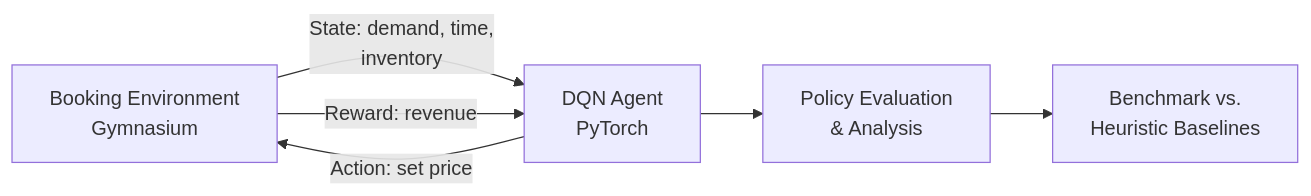
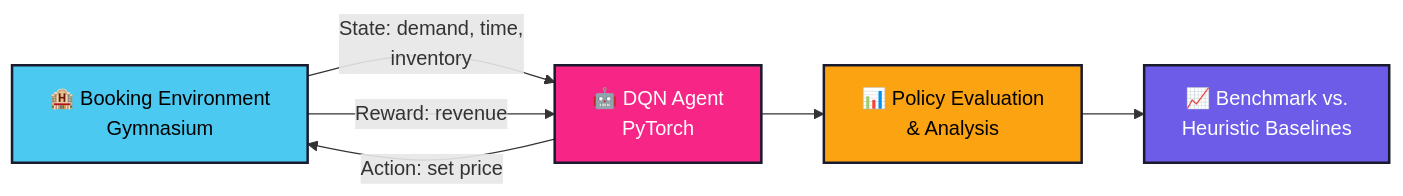
Before and after one commit to tarunsaxena2/Travel-Hospitality-Autonomous-Pricing-Agent-via-Reinforcement-Learning: the diagram in README.md, drawn with Mermaid. The commit also changed other lines of this file, not shown here.

````diff
--- a/README.md
+++ b/README.md
@@ -46,13 +53,13 @@
 ```mermaid
 flowchart LR
-    A[Booking Environment
-Gymnasium] -->|State: demand, time,
-inventory| B[DQN Agent
-PyTorch]
+    A[🏨 Booking Environment<br/>Gymnasium] -->|State: demand, time,<br/>inventory| B[🤖 DQN Agent<br/>PyTorch]
     B -->|Action: set price| A
     A -->|Reward: revenue| B
-    B --> C[Policy Evaluation
-& Analysis]
-    C --> D[Benchmark vs.
-Heuristic Baselines]
+    B --> C[📊 Policy Evaluation<br/>& Analysis]
+    C --> D[📈 Benchmark vs.<br/>Heuristic Baselines]
+
+    style A fill:#4CC9F0,stroke:#1a1a2e,stroke-width:2px,color:#000
+    style B fill:#F72585,stroke:#1a1a2e,stroke-width:2px,color:#fff
+    style C fill:#FCA311,stroke:#1a1a2e,stroke-width:2px,color:#000
+    style D fill:#6C5CE7,stroke:#1a1a2e,stroke-width:2px,color:#fff
 ```
````
